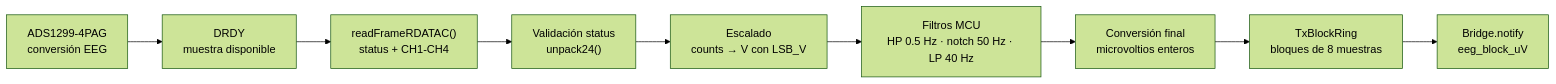
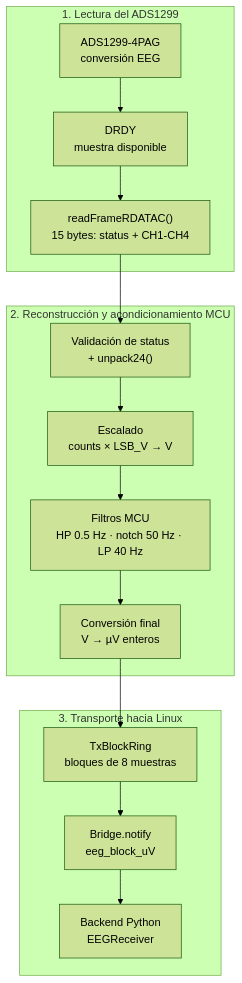
Before and after one commit to valtorresm97/REDACCION-TFG: the diagram in TFG_EEG_MIDI/images/uml/impl_firmware_flujo_adquisicion.mmd, drawn with Mermaid (forest theme).

Commit message:
Improve firmware acquisition flow diagram layout

```diff
--- a/TFG_EEG_MIDI/images/uml/impl_firmware_flujo_adquisicion.mmd
+++ b/TFG_EEG_MIDI/images/uml/impl_firmware_flujo_adquisicion.mmd
@@ -1,9 +1,27 @@
-flowchart LR
-  ads["ADS1299-4PAG<br/>conversión EEG"] --> drdy["DRDY<br/>muestra disponible"]
-  drdy --> rdatac["readFrameRDATAC()<br/>status + CH1-CH4"]
-  rdatac --> unpack["Validación status<br/>unpack24()"]
-  unpack --> scale["Escalado<br/>counts → V con LSB_V"]
-  scale --> filters["Filtros MCU<br/>HP 0.5 Hz · notch 50 Hz · LP 40 Hz"]
-  filters --> uv["Conversión final<br/>microvoltios enteros"]
-  uv --> ring["TxBlockRing<br/>bloques de 8 muestras"]
-  ring --> bridge["Bridge.notify<br/>eeg_block_uV"]
+flowchart TB
+  %% Diagrama vertical para que encaje mejor en página A4 y no requiera escalar por encima de \n  %% \textwidth en LaTeX.
+
+  subgraph s1["1. Lectura del ADS1299"]
+    ads["ADS1299-4PAG<br/>conversión EEG"]
+    drdy["DRDY<br/>muestra disponible"]
+    rdatac["readFrameRDATAC()<br/>15 bytes: status + CH1-CH4"]
+    ads --> drdy --> rdatac
+  end
+
+  subgraph s2["2. Reconstrucción y acondicionamiento MCU"]
+    unpack["Validación de status<br/>+ unpack24()"]
+    scale["Escalado<br/>counts × LSB_V → V"]
+    filters["Filtros MCU<br/>HP 0.5 Hz · notch 50 Hz · LP 40 Hz"]
+    uv["Conversión final<br/>V → µV enteros"]
+    unpack --> scale --> filters --> uv
+  end
+
+  subgraph s3["3. Transporte hacia Linux"]
+    ring["TxBlockRing<br/>bloques de 8 muestras"]
+    bridge["Bridge.notify<br/>eeg_block_uV"]
+    python["Backend Python<br/>EEGReceiver"]
+    ring --> bridge --> python
+  end
+
+  rdatac --> unpack
+  uv --> ring
```
